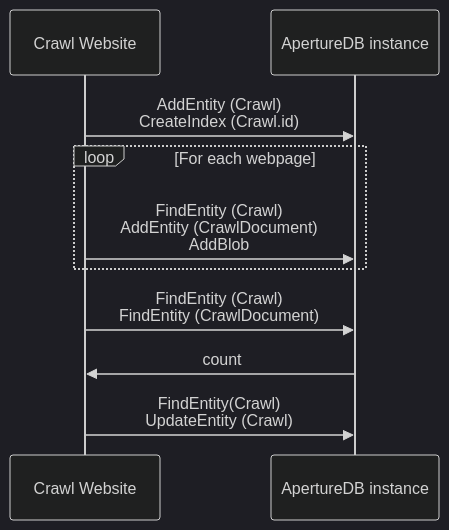
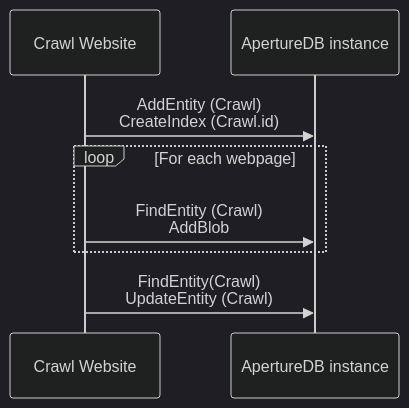
Before and after one commit to aperture-data/workflows: the second of 2 diagrams in apps/crawl-website/README.md, drawn with Mermaid (dark theme). The commit also changed other lines of this file and 1 other file, not shown here.

Commit message:
Merge CrawlDocument and Blob, per Gautam

````diff
--- a/apps/crawl-website/README.md
+++ b/apps/crawl-website/README.md
@@ -37,12 +31,10 @@
 ```mermaid
 sequenceDiagram
     participant W as Crawl Website
     participant A as ApertureDB instance
     W->>A: AddEntity (Crawl)<br/>CreateIndex (Crawl.id)
     loop For each webpage
-        W->>A: FindEntity (Crawl)<br/>AddEntity (CrawlDocument)<br/>AddBlob
+        W->>A: FindEntity (Crawl)<br/>AddBlob
     end
-    W->>A: FindEntity (Crawl)<br/>FindEntity (CrawlDocument)
-    A->>W: count
     W->>A: FindEntity(Crawl)<br/>UpdateEntity (Crawl)
 ```
````
